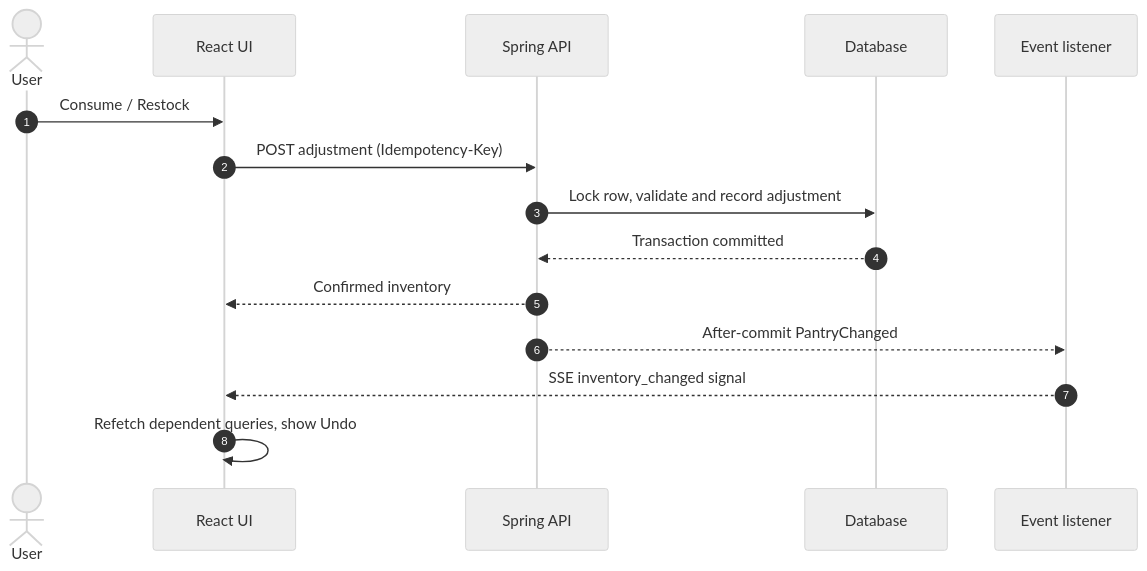
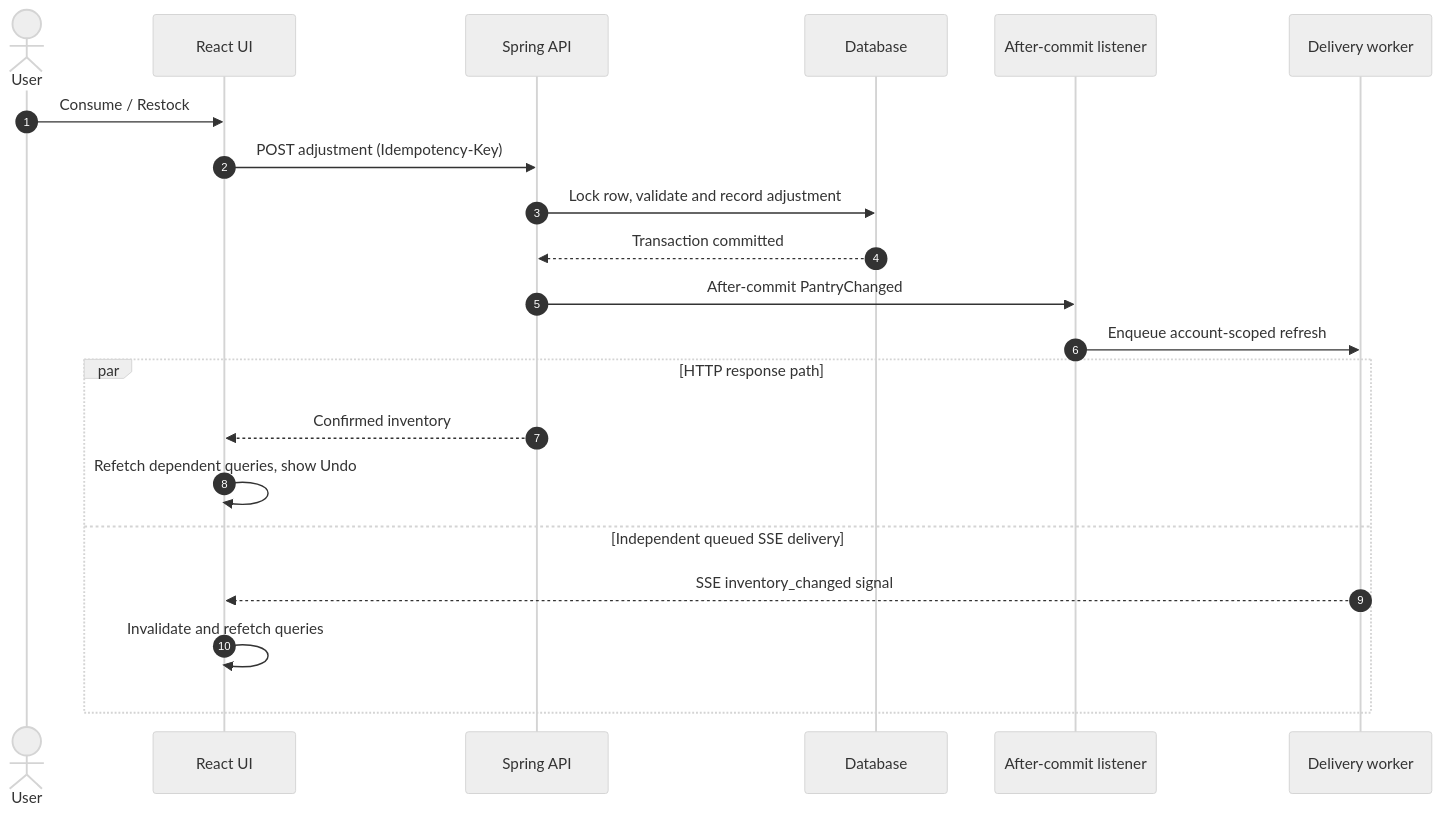
The eighth of 9 diagrams in docs/ARCHITECTURE-REFERENCE.md (chankiahuja/pantry-pal), drawn with Mermaid (neutral theme) before and after one commit. The commit also changed other lines of this file, not shown here.

Commit message:
docs: correct broadcast, Undo retry and after-commit diagrams

````diff
--- a/docs/ARCHITECTURE-REFERENCE.md
+++ b/docs/ARCHITECTURE-REFERENCE.md
@@ -172,18 +176,24 @@
 ```mermaid
 sequenceDiagram
     autonumber
     actor User
     participant UI as React UI
     participant API as Spring API
     participant DB as Database
-    participant SSE as Event listener
+    participant Listener as After-commit listener
+    participant Worker as Delivery worker
 
     User->>UI: Consume / Restock
     UI->>API: POST adjustment (Idempotency-Key)
     API->>DB: Lock row, validate and record adjustment
     DB-->>API: Transaction committed
-    API-->>UI: Confirmed inventory
-    API-->>SSE: After-commit PantryChanged
-    SSE-->>UI: SSE inventory_changed signal
-    UI->>UI: Refetch dependent queries, show Undo
+    API->>Listener: After-commit PantryChanged
+    Listener->>Worker: Enqueue account-scoped refresh
+    par HTTP response path
+        API-->>UI: Confirmed inventory
+        UI->>UI: Refetch dependent queries, show Undo
+    and Independent queued SSE delivery
+        Worker-->>UI: SSE inventory_changed signal
+        UI->>UI: Invalidate and refetch queries
+    end
 ```
````
